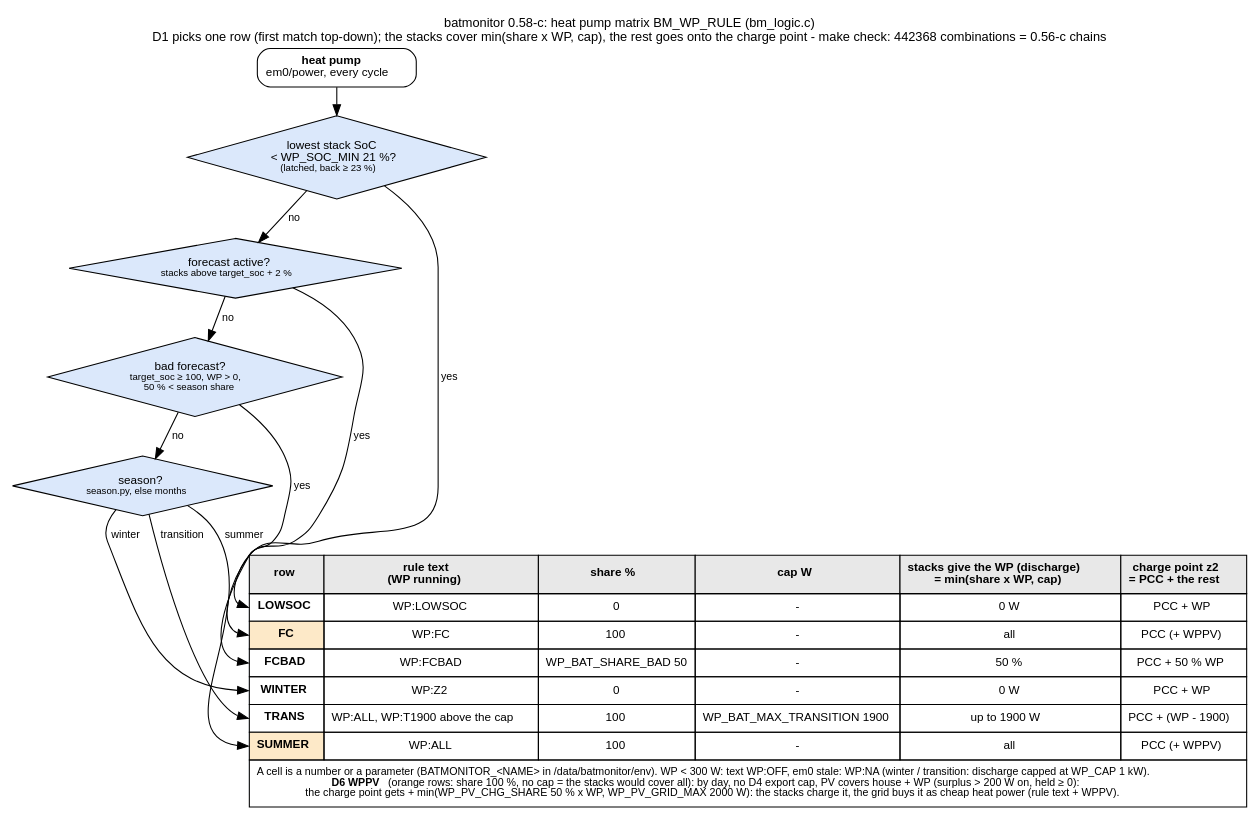
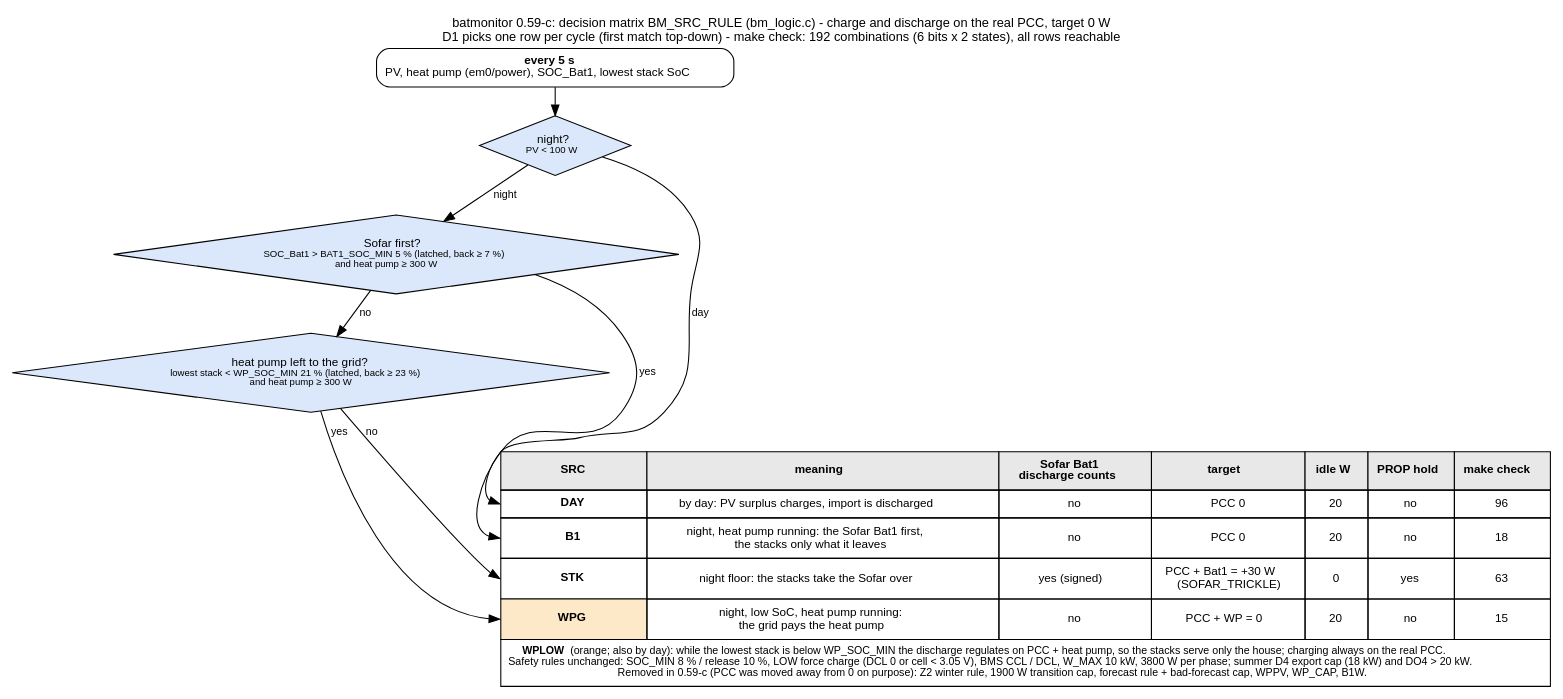
The diagram in docs/wp_matrix.dot (gerontec/victron), drawn with Graphviz before and after one commit. The commit also changed 23 other files, not shown here.

First line of the commit message:
batmonitor 0.59-c: PCC near 0 in every season - removed the Z2 winter rule, the transition cap, the forecast rule with its bad-forecast cap, WPPV, WP_CAP and B1W; kept WP_SOC_MIN (21 %) as a discharge-only rule (WPLOW, SRC WPG at night)

```diff
--- a/docs/wp_matrix.dot
+++ b/docs/wp_matrix.dot
@@ -1,39 +1,33 @@
-// batmonitor 0.58-c: heat pump matrix BM_WP_RULE - who pays the heat pump (one row per 5 s cycle, first match).
+// batmonitor 0.59-c: the decision matrix that is left - PCC near 0, one heat pump rule (WP_SOC_MIN).
 // render: dot -Tpdf wp_matrix.dot -o wp_matrix.pdf   (or -Tpng)
 digraph wp {
 	graph [rankdir=TB, fontname="Helvetica", fontsize=12, nodesep=0.3, ranksep=0.35, labelloc=t,
-		   label="batmonitor 0.58-c: heat pump matrix BM_WP_RULE (bm_logic.c)\nD1 picks one row (first match top-down); the stacks cover min(share x WP, cap), the rest goes onto the charge point - make check: 442368 combinations = 0.56-c chains"];
+		   label="batmonitor 0.59-c: decision matrix BM_SRC_RULE (bm_logic.c) - charge and discharge on the real PCC, target 0 W\nD1 picks one row per cycle (first match top-down) - make check: 192 combinations (6 bits x 2 states), all rows reachable"];
 	node [shape=box, style="rounded,filled", fontname="Helvetica", fontsize=11, fillcolor="#dbe8fb"];
 	edge [fontname="Helvetica", fontsize=10];
 
-	start [label=<<b>heat pump</b><br/>em0/power, every cycle>, fillcolor="#ffffff"];
-	q1 [label=<lowest stack SoC<br/>&lt; WP_SOC_MIN 21 %?<br/><font point-size="9">(latched, back &ge; 23 %)</font>>, shape=diamond, style=filled];
-	q2 [label=<forecast active?<br/><font point-size="9">stacks above target_soc + 2 %</font>>, shape=diamond, style=filled];
-	q3 [label=<bad forecast?<br/><font point-size="9">target_soc &ge; 100, WP &gt; 0,<br/>50 % &lt; season share</font>>, shape=diamond, style=filled];
-	q4 [label=<season?<br/><font point-size="9">season.py, else months</font>>, shape=diamond, style=filled];
+	start [label=<<b>every 5 s</b><br/>PV, heat pump (em0/power), SOC_Bat1, lowest stack SoC>, fillcolor="#ffffff"];
+	q0 [label=<night?<br/><font point-size="9">PV &lt; 100 W</font>>, shape=diamond, style=filled];
+	q1 [label=<Sofar first?<br/><font point-size="9">SOC_Bat1 &gt; BAT1_SOC_MIN 5 % (latched, back &ge; 7 %)<br/>and heat pump &ge; 300 W</font>>, shape=diamond, style=filled];
+	q2 [label=<heat pump left to the grid?<br/><font point-size="9">lowest stack &lt; WP_SOC_MIN 21 % (latched, back &ge; 23 %)<br/>and heat pump &ge; 300 W</font>>, shape=diamond, style=filled];
 
 	matrix [shape=plain, label=<
 		<table border="0" cellborder="1" cellspacing="0" cellpadding="6" bgcolor="#ffffff">
-		<tr><td bgcolor="#e8e8e8"><b>row</b></td><td bgcolor="#e8e8e8"><b>rule text<br/>(WP running)</b></td><td bgcolor="#e8e8e8"><b>share %</b></td><td bgcolor="#e8e8e8"><b>cap W</b></td><td bgcolor="#e8e8e8"><b>stacks give the WP (discharge)<br/>= min(share x WP, cap)</b></td><td bgcolor="#e8e8e8"><b>charge point z2<br/>= PCC + the rest</b></td></tr>
-		<tr><td port="lowsoc"><b>LOWSOC</b></td><td>WP:LOWSOC</td><td>0</td><td>-</td><td>0 W</td><td>PCC + WP</td></tr>
-		<tr><td port="fc" bgcolor="#fde9c8"><b>FC</b></td><td>WP:FC</td><td>100</td><td>-</td><td>all</td><td>PCC (+ WPPV)</td></tr>
-		<tr><td port="fcbad"><b>FCBAD</b></td><td>WP:FCBAD</td><td>WP_BAT_SHARE_BAD 50</td><td>-</td><td>50 %</td><td>PCC + 50 % WP</td></tr>
-		<tr><td port="winter"><b>WINTER</b></td><td>WP:Z2</td><td>0</td><td>-</td><td>0 W</td><td>PCC + WP</td></tr>
-		<tr><td port="trans"><b>TRANS</b></td><td>WP:ALL, WP:T1900 above the cap</td><td>100</td><td>WP_BAT_MAX_TRANSITION 1900</td><td>up to 1900 W</td><td>PCC + (WP - 1900)</td></tr>
-		<tr><td port="summer" bgcolor="#fde9c8"><b>SUMMER</b></td><td>WP:ALL</td><td>100</td><td>-</td><td>all</td><td>PCC (+ WPPV)</td></tr>
-		<tr><td colspan="6" align="left"><font point-size="10">A cell is a number or a parameter (BATMONITOR_&lt;NAME&gt; in /data/batmonitor/env). WP &lt; 300 W: text WP:OFF, em0 stale: WP:NA (winter / transition: discharge capped at WP_CAP 1 kW).<br/>
-		<b>D6 WPPV</b> (orange rows: share 100 %, no cap = the stacks would cover all): by day, no D4 export cap, PV covers house + WP (surplus &gt; 200 W on, held &ge; 0):<br/>
-		the charge point gets + min(WP_PV_CHG_SHARE 50 % x WP, WP_PV_GRID_MAX 2000 W): the stacks charge it, the grid buys it as cheap heat power (rule text + WPPV).</font></td></tr>
+		<tr><td bgcolor="#e8e8e8"><b>SRC</b></td><td bgcolor="#e8e8e8"><b>meaning</b></td><td bgcolor="#e8e8e8"><b>Sofar Bat1<br/>discharge counts</b></td><td bgcolor="#e8e8e8"><b>target</b></td><td bgcolor="#e8e8e8"><b>idle W</b></td><td bgcolor="#e8e8e8"><b>PROP hold</b></td><td bgcolor="#e8e8e8"><b>make check</b></td></tr>
+		<tr><td port="day"><b>DAY</b></td><td>by day: PV surplus charges, import is discharged</td><td>no</td><td>PCC 0</td><td>20</td><td>no</td><td>96</td></tr>
+		<tr><td port="b1"><b>B1</b></td><td>night, heat pump running: the Sofar Bat1 first,<br/>the stacks only what it leaves</td><td>no</td><td>PCC 0</td><td>20</td><td>no</td><td>18</td></tr>
+		<tr><td port="stk"><b>STK</b></td><td>night floor: the stacks take the Sofar over</td><td>yes (signed)</td><td>PCC + Bat1 = +30 W<br/>(SOFAR_TRICKLE)</td><td>0</td><td>yes</td><td>63</td></tr>
+		<tr><td port="wpg" bgcolor="#fde9c8"><b>WPG</b></td><td>night, low SoC, heat pump running:<br/>the grid pays the heat pump</td><td>no</td><td>PCC + WP = 0</td><td>20</td><td>no</td><td>15</td></tr>
+		<tr><td colspan="7" align="left"><font point-size="10"><b>WPLOW</b> (orange; also by day): while the lowest stack is below WP_SOC_MIN the discharge regulates on PCC + heat pump, so the stacks serve only the house; charging always on the real PCC.<br/>
+		Safety rules unchanged: SOC_MIN 8 % / release 10 %, LOW force charge (DCL 0 or cell &lt; 3.05 V), BMS CCL / DCL, W_MAX 10 kW, 3800 W per phase; summer D4 export cap (18 kW) and DO4 &gt; 20 kW.<br/>
+		Removed in 0.59-c (PCC was moved away from 0 on purpose): Z2 winter rule, 1900 W transition cap, forecast rule + bad-forecast cap, WPPV, WP_CAP, B1W.</font></td></tr>
 		</table>>];
 
-	start -> q1;
-	q1 -> matrix:lowsoc [label=" yes"];
+	start -> q0;
+	q0 -> matrix:day [label=" day"];
+	q0 -> q1 [label=" night"];
+	q1 -> matrix:b1 [label=" yes"];
 	q1 -> q2 [label=" no"];
-	q2 -> matrix:fc [label=" yes"];
-	q2 -> q3 [label=" no"];
-	q3 -> matrix:fcbad [label=" yes"];
-	q3 -> q4 [label=" no"];
-	q4 -> matrix:winter [label=" winter"];
-	q4 -> matrix:trans [label=" transition"];
-	q4 -> matrix:summer [label=" summer"];
+	q2 -> matrix:wpg [label=" yes"];
+	q2 -> matrix:stk [label=" no"];
 }
```
